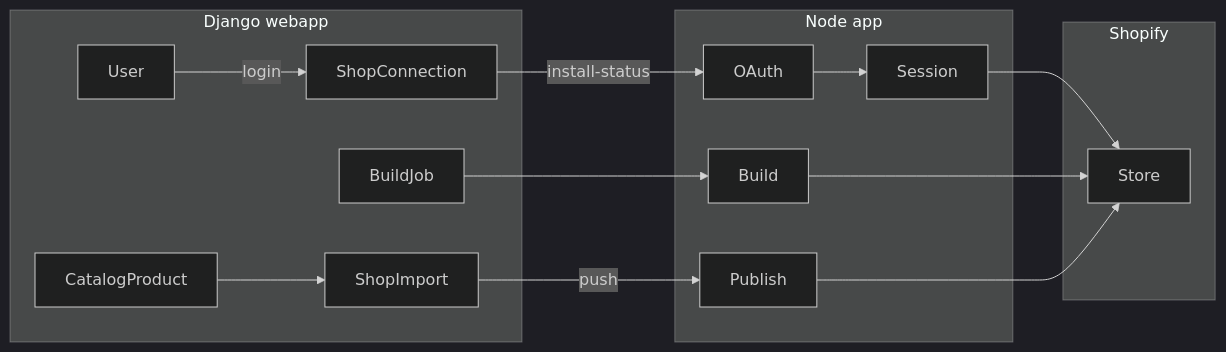
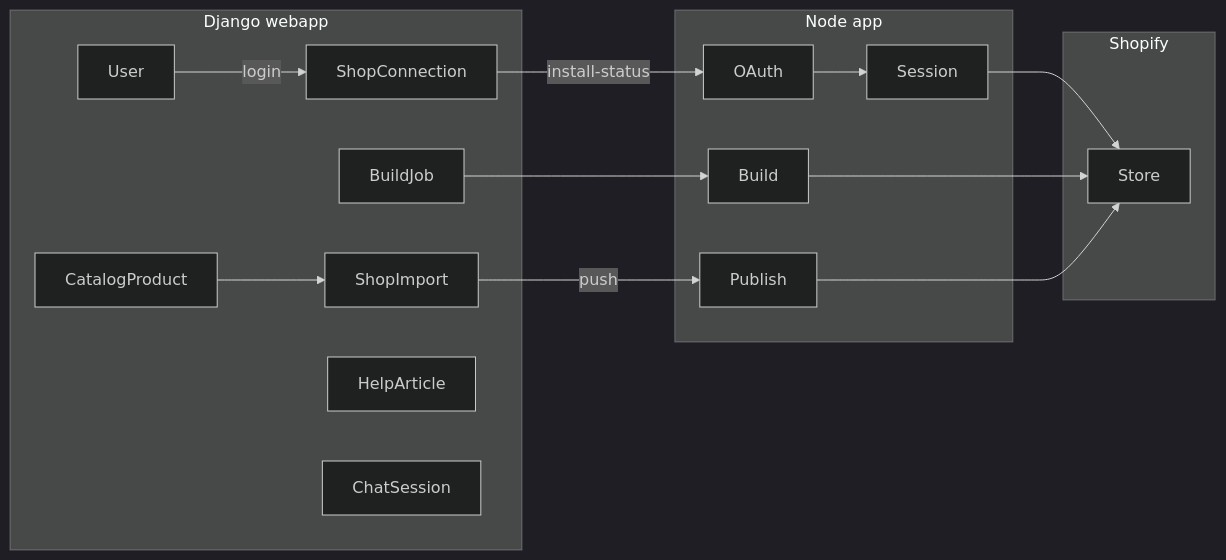
Before and after one commit to sanjaypaul-777/Zentra-WebApp: the seventh of 7 diagrams in README.md, drawn with Mermaid (dark theme). The commit also changed other lines of this file, not shown here.

First line of the commit message:
Update README for affiliate, Help Center, Coach, and current URL map.

````diff
--- a/README.md
+++ b/README.md
@@ -365,29 +439,31 @@
 ```mermaid
 flowchart LR
   subgraph BrandBoxWeb[Django webapp]
     User
     ShopConnection
     CatalogProduct
     ShopImport
     BuildJob
+    HelpArticle
+    ChatSession
   end
 
   subgraph BrandBoxNode[Node app]
     OAuth
     Session
     Build
     Publish
   end
 
   subgraph ShopifyCloud[Shopify]
     Store
   end
 
   User -->|login| ShopConnection
   ShopConnection -->|install-status| OAuth
   OAuth --> Session
   Session --> Store
   BuildJob --> Build --> Store
   ShopImport -->|push| Publish --> Store
   CatalogProduct --> ShopImport
 ```
````
